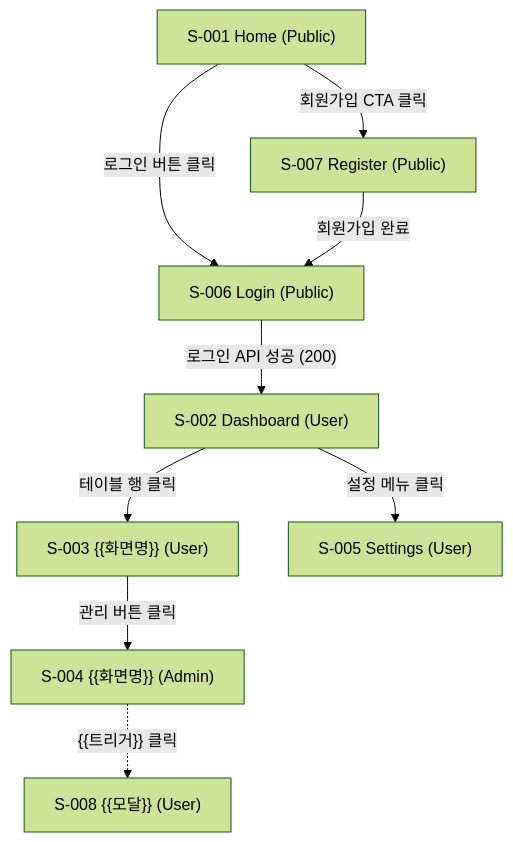
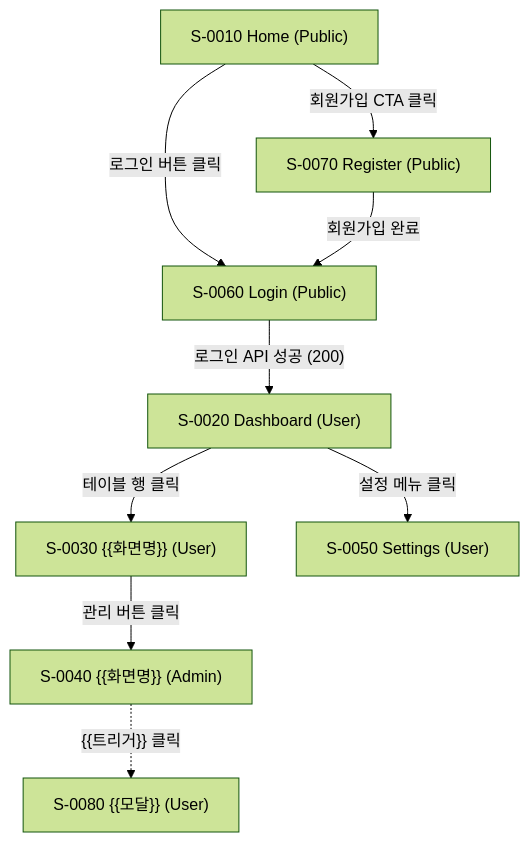
Before and after one commit to upleat-ax/u-maker-plugin: the first of 4 diagrams in templates/02-design/2_Screen_UX.template.md, drawn with Mermaid (forest theme). The commit also changed other lines of this file and 214 other files, not shown here.

````diff
--- a/templates/02-design/2_Screen_UX.template.md
+++ b/templates/02-design/2_Screen_UX.template.md
@@ -230,11 +230,11 @@
 ```mermaid
 flowchart TD
-    S001["S-001 Home (Public)"] -->|"로그인 버튼 클릭"| S006["S-006 Login (Public)"]
-    S001 -->|"회원가입 CTA 클릭"| S007["S-007 Register (Public)"]
-    S006 -->|"로그인 API 성공 (200)"| S002["S-002 Dashboard (User)"]
-    S007 -->|"회원가입 완료"| S006
-    S002 -->|"테이블 행 클릭"| S003["S-003 {{화면명}} (User)"]
-    S002 -->|"설정 메뉴 클릭"| S005["S-005 Settings (User)"]
-    S003 -->|"관리 버튼 클릭"| S004["S-004 {{화면명}} (Admin)"]
-    S004 -.->|"{{트리거}} 클릭"| S008["S-008 {{모달}} (User)"]
+    S010["S-0010 Home (Public)"] -->|"로그인 버튼 클릭"| S060["S-0060 Login (Public)"]
+    S010 -->|"회원가입 CTA 클릭"| S070["S-0070 Register (Public)"]
+    S060 -->|"로그인 API 성공 (200)"| S020["S-0020 Dashboard (User)"]
+    S070 -->|"회원가입 완료"| S060
+    S020 -->|"테이블 행 클릭"| S030["S-0030 {{화면명}} (User)"]
+    S020 -->|"설정 메뉴 클릭"| S050["S-0050 Settings (User)"]
+    S030 -->|"관리 버튼 클릭"| S040["S-0040 {{화면명}} (Admin)"]
+    S040 -.->|"{{트리거}} 클릭"| S080["S-0080 {{모달}} (User)"]
 ```
````
